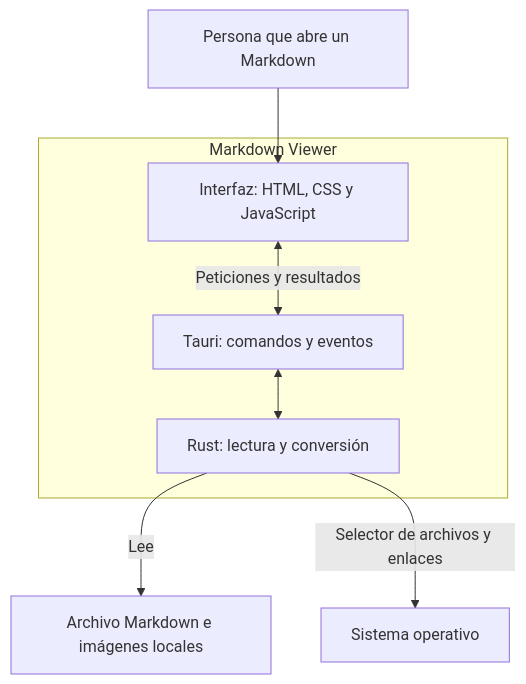
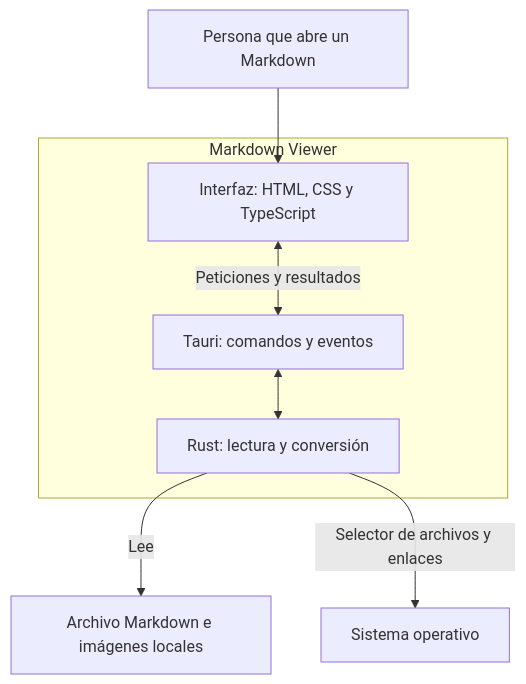
The first of 3 diagrams in docs/arquitectura.md (JorgeAgar/markdown-viewer), drawn with Mermaid before and after one commit. The commit also changed other lines of this file and 11 other files, not shown here.

Commit message:
Migrate frontend to strict TypeScript

````diff
--- a/docs/arquitectura.md
+++ b/docs/arquitectura.md
@@ -13,13 +13,13 @@
 ```mermaid
 flowchart TB
     Usuario["Persona que abre un Markdown"] --> Interfaz
     subgraph App["Markdown Viewer"]
-        Interfaz["Interfaz: HTML, CSS y JavaScript"]
+        Interfaz["Interfaz: HTML, CSS y TypeScript"]
         Puente["Tauri: comandos y eventos"]
         Rust["Rust: lectura y conversión"]
         Interfaz <-->|"Peticiones y resultados"| Puente
         Puente <--> Rust
     end
     Rust -->|"Lee"| Archivo["Archivo Markdown e imágenes locales"]
     Rust -->|"Selector de archivos y enlaces"| Sistema["Sistema operativo"]
 ```
````
